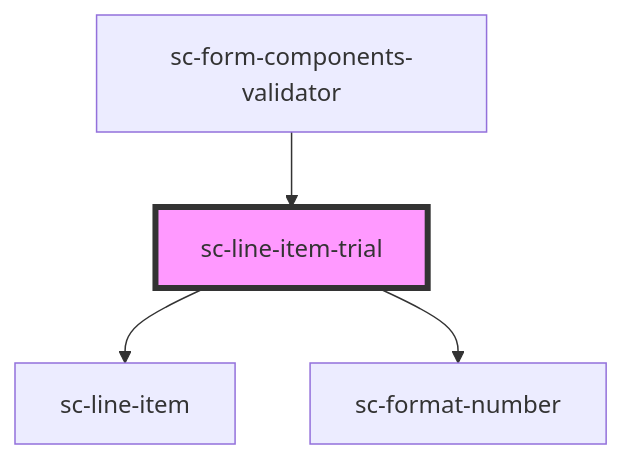
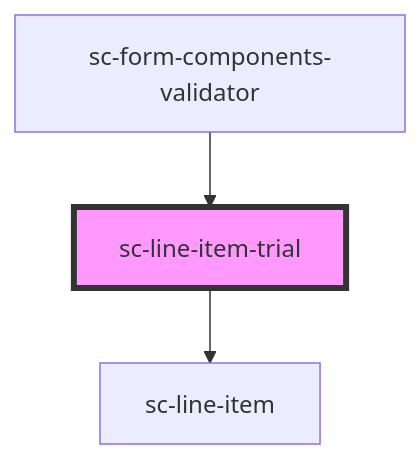
One commit to surecart/surecart-wp-plugin changed the diagram in packages/components/src/components/controllers/checkout-form/line-item-trial/readme.md. Above: the diagram before and after it, drawn with Mermaid. The commit also changed other lines of this file and 37 other files, not shown here.

````diff
--- a/packages/components/src/components/controllers/checkout-form/line-item-trial/readme.md
+++ b/packages/components/src/components/controllers/checkout-form/line-item-trial/readme.md
@@ -27,7 +26,6 @@
 ```mermaid
 graph TD;
   sc-line-item-trial --> sc-line-item
-  sc-line-item-trial --> sc-format-number
   sc-form-components-validator --> sc-line-item-trial
   style sc-line-item-trial fill:#f9f,stroke:#333,stroke-width:4px
 ```
````
